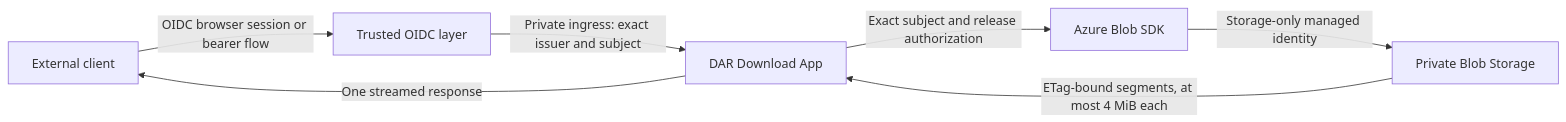
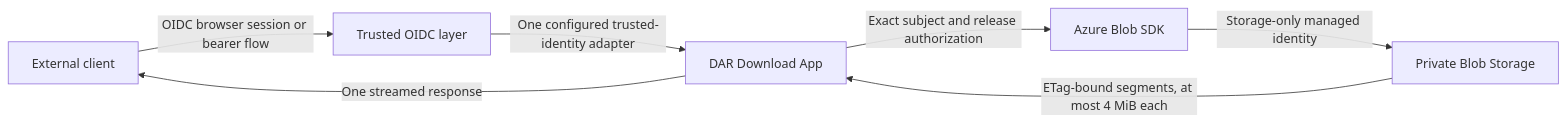
Before and after one commit to SalehElnagar/dar-download-app: the diagram in README.md, drawn with Mermaid. The commit also changed other lines of this file and 17 other files, not shown here.

Commit message:
Add Azure Container Apps identity adapter

````diff
--- a/README.md
+++ b/README.md
@@ -14,9 +16,9 @@
 ```mermaid
 flowchart LR
     C["External client"] -->|"OIDC browser session or bearer flow"| OIDC["Trusted OIDC layer"]
-    OIDC -->|"Private ingress: exact issuer and subject"| APP["DAR Download App"]
+    OIDC -->|"One configured trusted-identity adapter"| APP["DAR Download App"]
     APP -->|"Exact subject and release authorization"| AZ["Azure Blob SDK"]
     AZ -->|"Storage-only managed identity"| BS["Private Blob Storage"]
     BS -->|"ETag-bound segments, at most 4 MiB each"| APP
     APP -->|"One streamed response"| C
 ```
````
